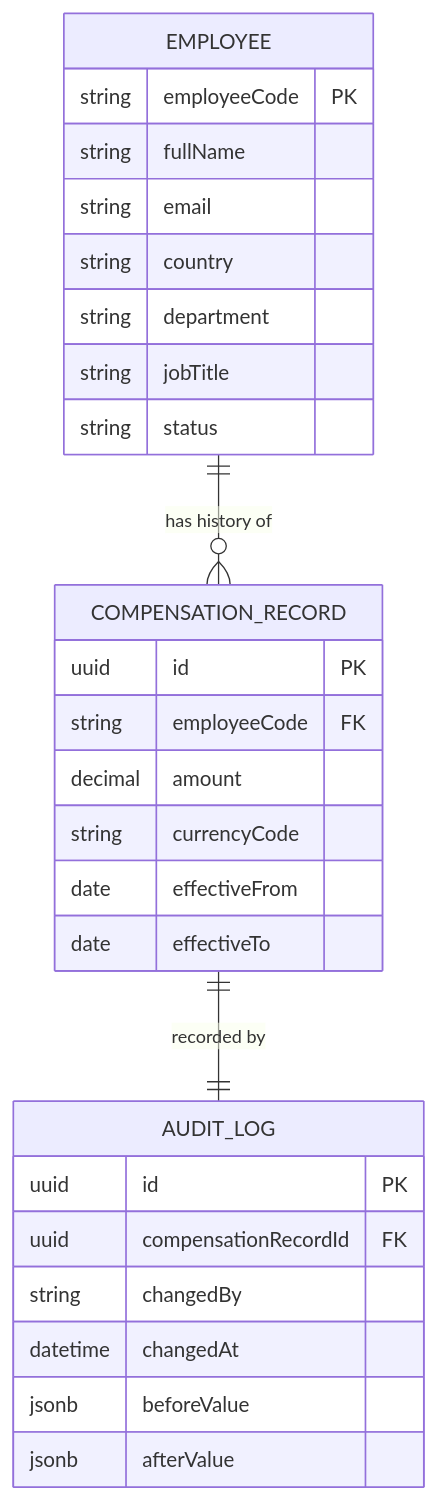
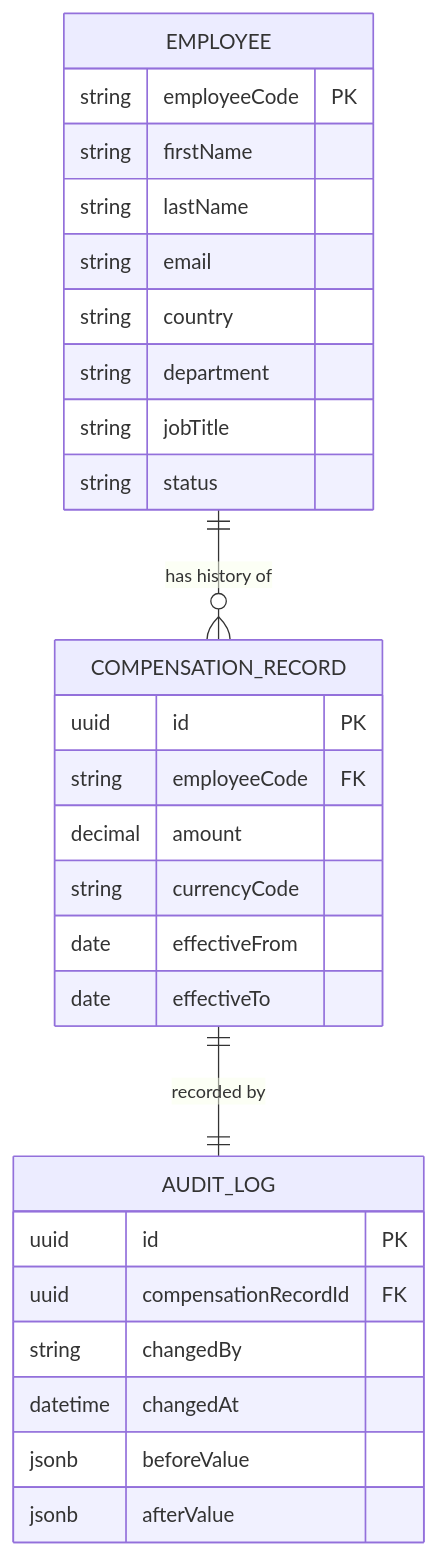
The first of 2 diagrams in docs/backend-architecture.md (ArchanaSardhara/salary-management-platform), drawn with Mermaid before and after one commit. The commit also changed other lines of this file and 15 other files, not shown here.

````diff
--- a/docs/backend-architecture.md
+++ b/docs/backend-architecture.md
@@ -97,30 +97,31 @@
 ```mermaid
 erDiagram
   EMPLOYEE ||--o{ COMPENSATION_RECORD : "has history of"
   COMPENSATION_RECORD ||--|| AUDIT_LOG : "recorded by"
   EMPLOYEE {
     string employeeCode PK
-    string fullName
+    string firstName
+    string lastName
     string email
     string country
     string department
     string jobTitle
     string status
   }
   COMPENSATION_RECORD {
     uuid id PK
     string employeeCode FK
     decimal amount
     string currencyCode
     date effectiveFrom
     date effectiveTo
   }
   AUDIT_LOG {
     uuid id PK
     uuid compensationRecordId FK
     string changedBy
     datetime changedAt
     jsonb beforeValue
     jsonb afterValue
   }
 ```
````
